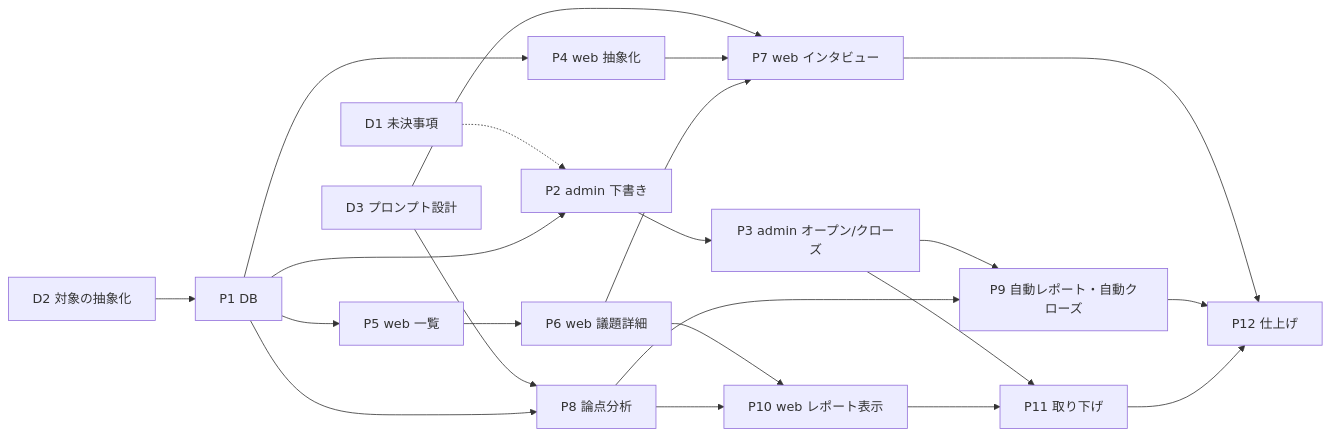
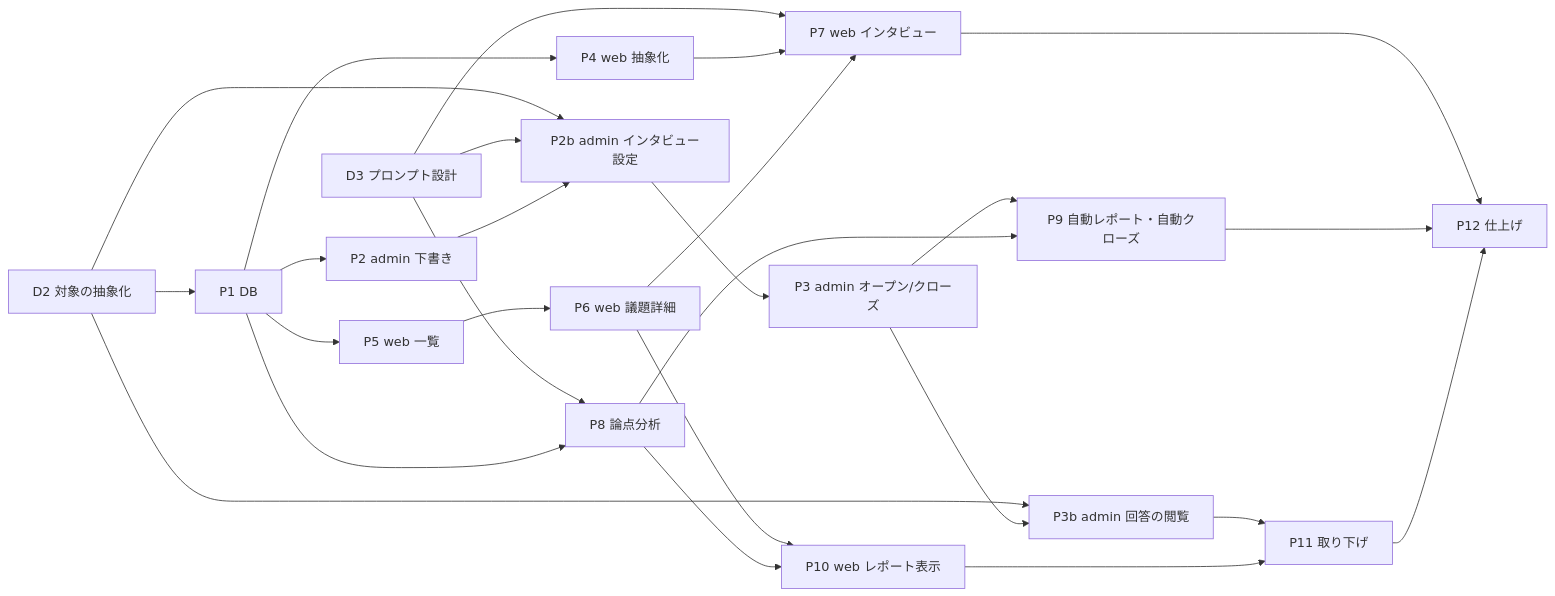
One commit to s-takahashi-hokkaido/dejimin-gikai changed the diagram in docs/20261112_2019_AIインタビュー広場_実装タスク分割.md. Above: the diagram before and after it, drawn with Mermaid. The commit also changed other lines of this file and 3 other files, not shown here.

````diff
--- a/docs/20261112_2019_AIインタビュー広場_実装タスク分割.md
+++ b/docs/20261112_2019_AIインタビュー広場_実装タスク分割.md
@@ -106,24 +110,28 @@
 ```mermaid
 flowchart LR
-    D1[D1 未決事項] -.-> P2
     D2[D2 対象の抽象化] --> P1[P1 DB]
-    D3[D3 プロンプト設計] --> P7
+    D2 --> P2b
+    D2 --> P3b
+    D3[D3 プロンプト設計] --> P2b
+    D3 --> P7
     D3 --> P8
     P1 --> P2[P2 admin 下書き]
     P1 --> P4[P4 web 抽象化]
     P1 --> P5[P5 web 一覧]
     P1 --> P8[P8 論点分析]
-    P2 --> P3[P3 admin オープン/クローズ]
+    P2 --> P2b[P2b admin インタビュー設定]
+    P2b --> P3[P3 admin オープン/クローズ]
+    P3 --> P3b[P3b admin 回答の閲覧]
     P5 --> P6[P6 web 議題詳細]
     P4 --> P7[P7 web インタビュー]
     P6 --> P7
     P3 --> P9[P9 自動レポート・自動クローズ]
     P8 --> P9
     P6 --> P10[P10 web レポート表示]
     P8 --> P10
-    P3 --> P11[P11 取り下げ]
+    P3b --> P11[P11 取り下げ]
     P10 --> P11
     P7 --> P12[P12 仕上げ]
     P9 --> P12
     P11 --> P12
 ```
````
